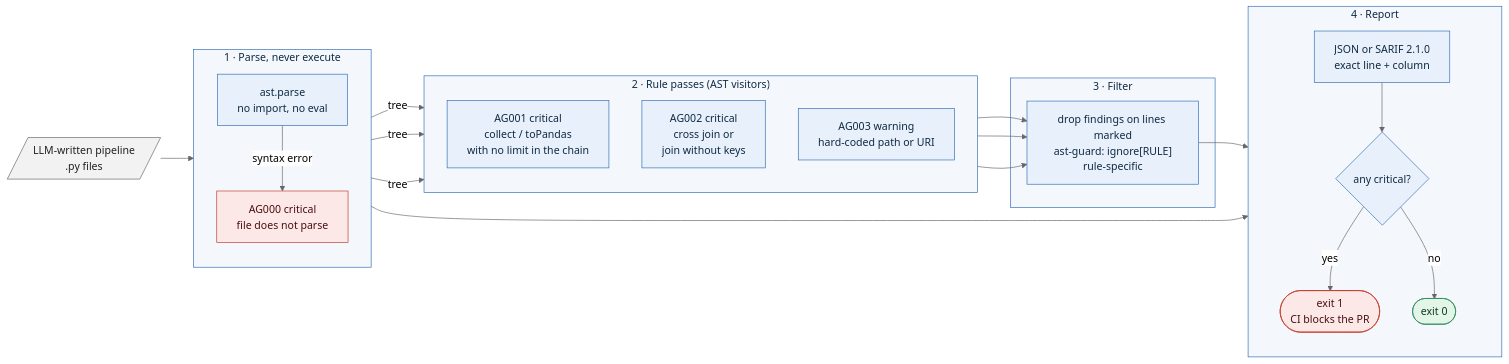
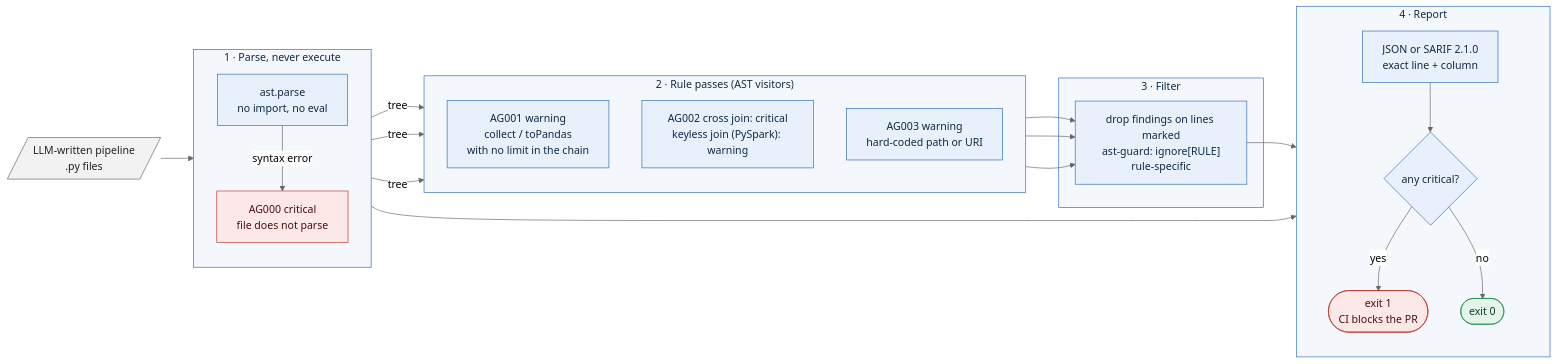
Before and after one commit to PCSchmidt/datapipeline-ast-guard: the diagram in README.md, drawn with Mermaid (neutral theme). The commit also changed other lines of this file and 13 other files, not shown here.

````diff
--- a/README.md
+++ b/README.md
@@ -61,44 +61,44 @@
 ```mermaid
 flowchart LR
     CODE[/"LLM-written pipeline<br>.py files"/]
     subgraph parse["1 · Parse, never execute"]
         direction TB
         AST["ast.parse<br>no import, no eval"]
         BAD["AG000 critical<br>file does not parse"]
     end
     subgraph rules["2 · Rule passes (AST visitors)"]
         direction TB
-        R1["AG001 critical<br>collect / toPandas<br>with no limit in the chain"]
-        R2["AG002 critical<br>cross join or<br>join without keys"]
+        R1["AG001 warning<br>collect / toPandas<br>with no limit in the chain"]
+        R2["AG002 cross join: critical<br>keyless join (PySpark): warning"]
         R3["AG003 warning<br>hard-coded path or URI"]
     end
     subgraph filt["3 · Filter"]
         SUP["drop findings on lines marked<br>ast-guard: ignore[RULE]<br>rule-specific"]
     end
     subgraph out["4 · Report"]
         direction TB
         FMT["JSON or SARIF 2.1.0<br>exact line + column"]
         EXIT{"any critical?"}
         BLOCK(["exit 1<br>CI blocks the PR"])
         PASS(["exit 0"])
     end
     CODE --> AST
     AST -- "syntax error" --> BAD
     AST -- "tree" --> R1 & R2 & R3
     R1 & R2 & R3 --> SUP --> FMT --> EXIT
     BAD --> FMT
     EXIT -- "yes" --> BLOCK
     EXIT -- "no" --> PASS
     classDef det fill:#e8f1fb,stroke:#2f6db5,color:#102a43
     classDef bad fill:#fde8e8,stroke:#c0392b,color:#4a1010
     classDef ok fill:#e3f5e8,stroke:#2e8b57,color:#0f3b21
     classDef io fill:#f2f2f2,stroke:#666,color:#222
     class AST,R1,R2,R3,SUP,FMT,EXIT det
     class BAD,BLOCK bad
     class PASS ok
     class CODE io
     style parse fill:#f4f8fd,stroke:#2f6db5,color:#102a43
     style rules fill:#f4f8fd,stroke:#2f6db5,color:#102a43
     style filt fill:#f4f8fd,stroke:#2f6db5,color:#102a43
     style out fill:#f4f8fd,stroke:#2f6db5,color:#102a43
 ```
````
